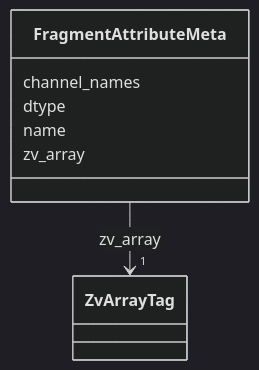
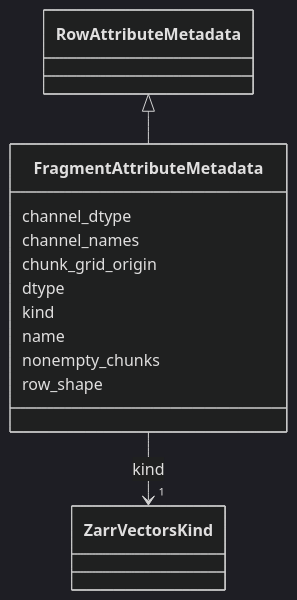
The seventh of 35 diagrams in schema/reference.md (AllenInstitute/zarr-vectors-py), drawn with Mermaid (dark theme) before and after one commit. The commit also changed other lines of this file and 14 other files, not shown here.

First line of the commit message:
Replace the LinkML schema with the convention's model from zarr_vectors

````diff
--- a/schema/reference.md
+++ b/schema/reference.md
@@ -2151,23 +2299,34 @@
 ```mermaid
  classDiagram
-    class FragmentAttributeMeta
-    click FragmentAttributeMeta href "../FragmentAttributeMeta/"
-      FragmentAttributeMeta : channel_names
+    class FragmentAttributeMetadata
+    click FragmentAttributeMetadata href "../FragmentAttributeMetadata/"
+      RowAttributeMetadata <|-- FragmentAttributeMetadata
+        click RowAttributeMetadata href "../RowAttributeMetadata/"
+      
+      FragmentAttributeMetadata : channel_dtype
         
-      FragmentAttributeMeta : dtype
+      FragmentAttributeMetadata : channel_names
         
-      FragmentAttributeMeta : name
+      FragmentAttributeMetadata : chunk_grid_origin
         
-      FragmentAttributeMeta : zv_array
+      FragmentAttributeMetadata : dtype
+        
+      FragmentAttributeMetadata : kind
         
           
     
         
         
-        FragmentAttributeMeta --> "1" ZvArrayTag : zv_array
-        click ZvArrayTag href "../ZvArrayTag/"
+        FragmentAttributeMetadata --> "1" ZarrVectorsKind : kind
+        click ZarrVectorsKind href "../ZarrVectorsKind/"
     
 
         
+      FragmentAttributeMetadata : name
+        
+      FragmentAttributeMetadata : nonempty_chunks
+        
+      FragmentAttributeMetadata : row_shape
+        
       
 ```
````
